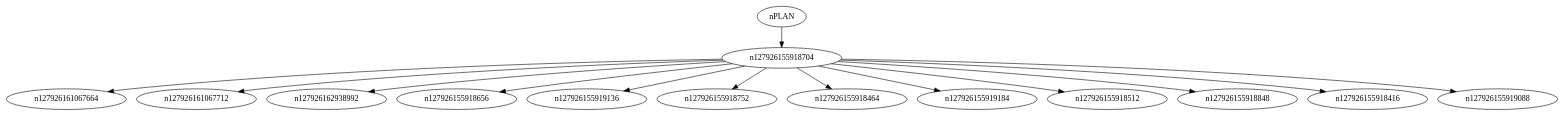
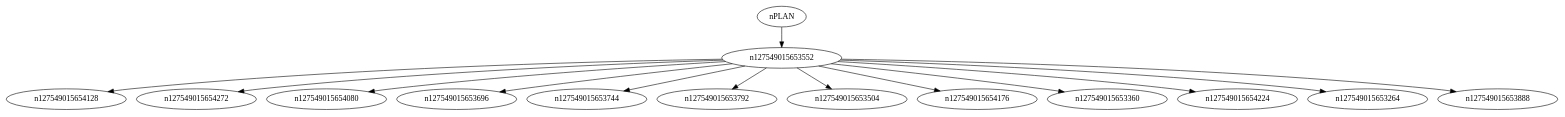
The diagram in dot/arbre.dot (zeroualima/decoupeur_v1), drawn with Graphviz before and after one commit. The commit also changed 7 other files, not shown here.

```diff
--- a/dot/arbre.dot
+++ b/dot/arbre.dot
@@ -1,15 +1,15 @@
 digraph g {
-nPLAN -> n127926155918704;
-n127926155918704 -> n127926161067664;
-n127926155918704 -> n127926161067712;
-n127926155918704 -> n127926162938992;
-n127926155918704 -> n127926155918656;
-n127926155918704 -> n127926155919136;
-n127926155918704 -> n127926155918752;
-n127926155918704 -> n127926155918464;
-n127926155918704 -> n127926155919184;
-n127926155918704 -> n127926155918512;
-n127926155918704 -> n127926155918848;
-n127926155918704 -> n127926155918416;
-n127926155918704 -> n127926155919088;
+nPLAN -> n127549015653552;
+n127549015653552 -> n127549015654128;
+n127549015653552 -> n127549015654272;
+n127549015653552 -> n127549015654080;
+n127549015653552 -> n127549015653696;
+n127549015653552 -> n127549015653744;
+n127549015653552 -> n127549015653792;
+n127549015653552 -> n127549015653504;
+n127549015653552 -> n127549015654176;
+n127549015653552 -> n127549015653360;
+n127549015653552 -> n127549015654224;
+n127549015653552 -> n127549015653264;
+n127549015653552 -> n127549015653888;
 }
```
